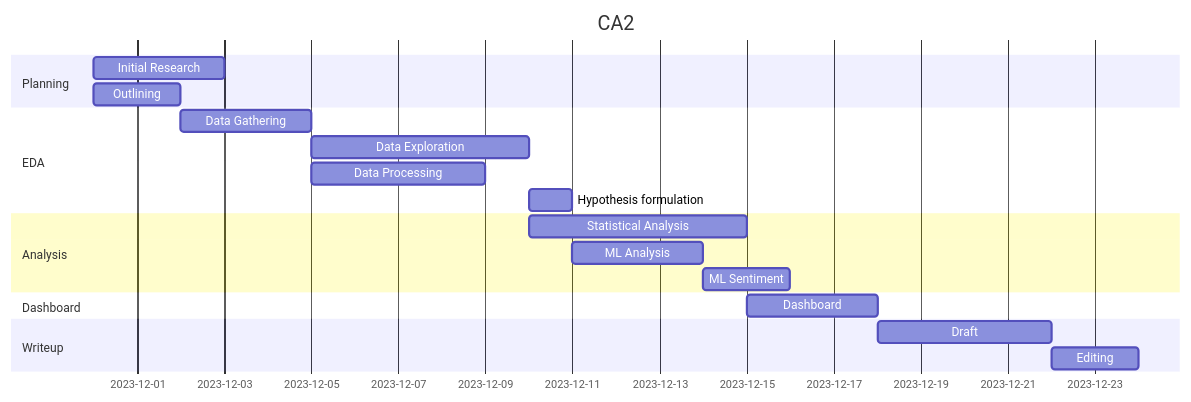
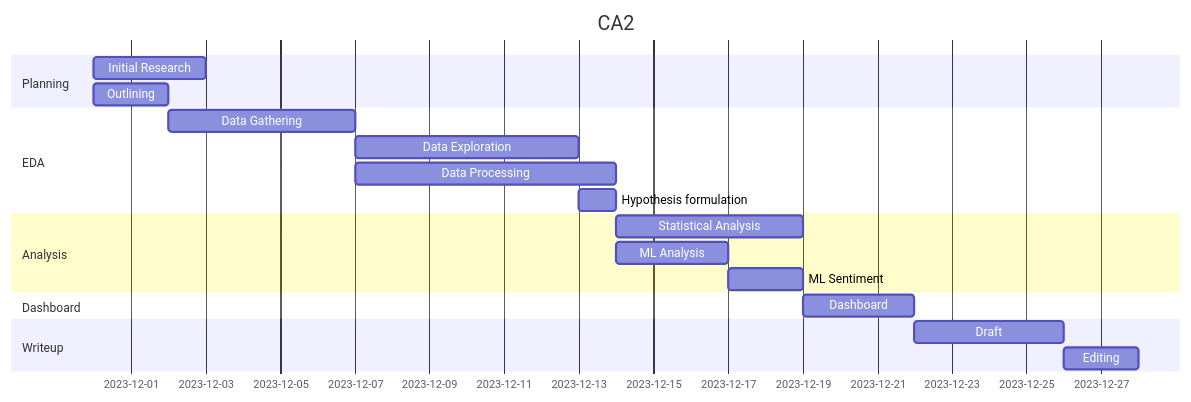
One commit to step-hen-burke/msc-notes changed the diagram in task_list/CA2.md. Above: the diagram before and after it, drawn with Mermaid.

Commit message:
vault backup: 2023-11-28 20:02:39

````diff
--- a/task_list/CA2.md
+++ b/task_list/CA2.md
@@ -93,28 +93,28 @@
 ```mermaid
 gantt 
 title CA2
 dateFormat DD-MM-YYYY
 
 section Planning
 Initial Research: p1, 11-30-2023, 3d
 Outlining: p2, 11-30-2023, 2d 
 
 section EDA
-Data Gathering: dg, after p2, 3d
-Data Exploration: de, after dg, 5d
-Data Processing: dp, after dg, 4d
+Data Gathering: dg, after p2, 5d
+Data Exploration: de, after dg, 6d
+Data Processing: dp, after dg, 7d
 Hypothesis formulation: hf, after de, 1d
 
 section Analysis
-Statistical Analysis: sa, after de, 5d
+Statistical Analysis: sa, after hf, 5d
 ML Analysis: ml, after hf, 3d
 ML Sentiment: ms, after ml, 2d
 
 section Dashboard
 Dashboard: db, after sa, 3d
 
 section Writeup
 Draft: drf, after db, 4d
 Editing: after drf, 2d
 
 ```
````
